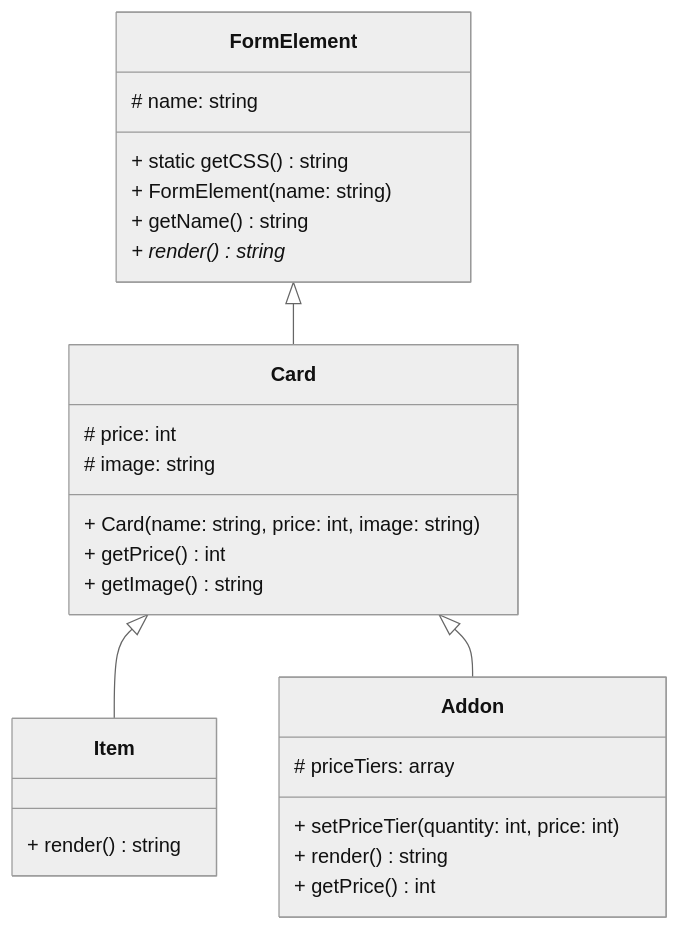
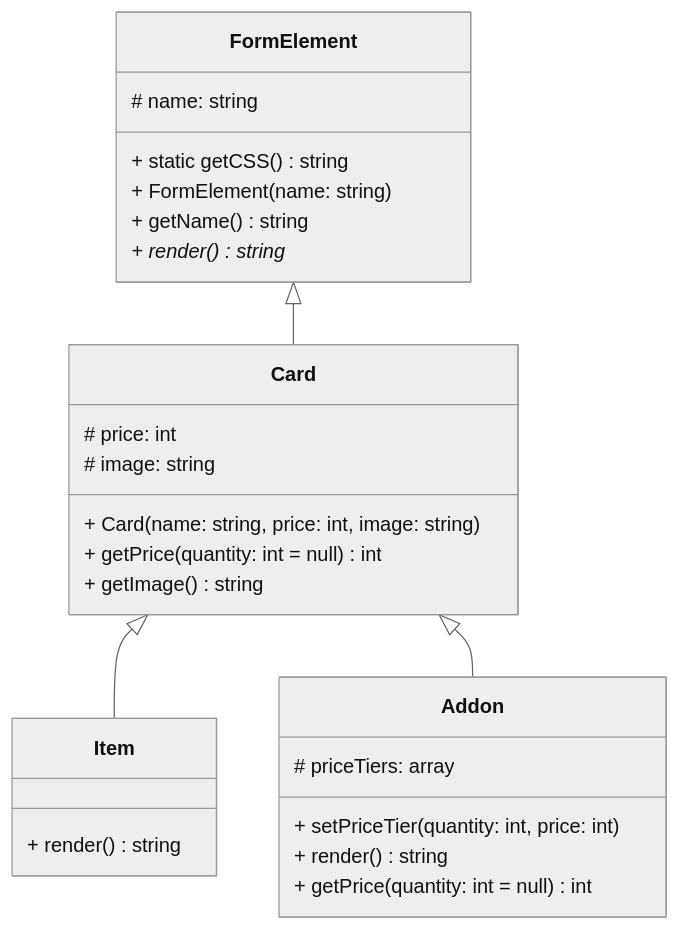
One commit to AlexandrAnatoliev/send-invoice changed the diagram in README.md. Above: the diagram before and after it, drawn with Mermaid (neutral theme). The commit also changed other lines of this file, not shown here.

Commit message:
fix(README): check by deepseek

````diff
--- a/README.md
+++ b/README.md
@@ -81,35 +81,35 @@
 ```mermaid
 classDiagram
   
   class FormElement {
     # name: string
     + static getCSS() string
     + FormElement(name: string)
     + getName() string
     + render() string*
   }
 
   class Card {
     # price: int
     # image: string
     + Card(name: string, price: int, image: string)
-    + getPrice() int
+    + getPrice(quantity: int = null) int
     + getImage() string
   }
 
   class Item {
     + render() string
   }
 
   class Addon {
     # priceTiers: array
     + setPriceTier(quantity: int, price: int)
     + render() string
-    + getPrice() int
+    + getPrice(quantity: int = null) int
   }
 
   FormElement  <|-- Card
   Card <|-- Item
   Card <|-- Addon
 
 ```
````
